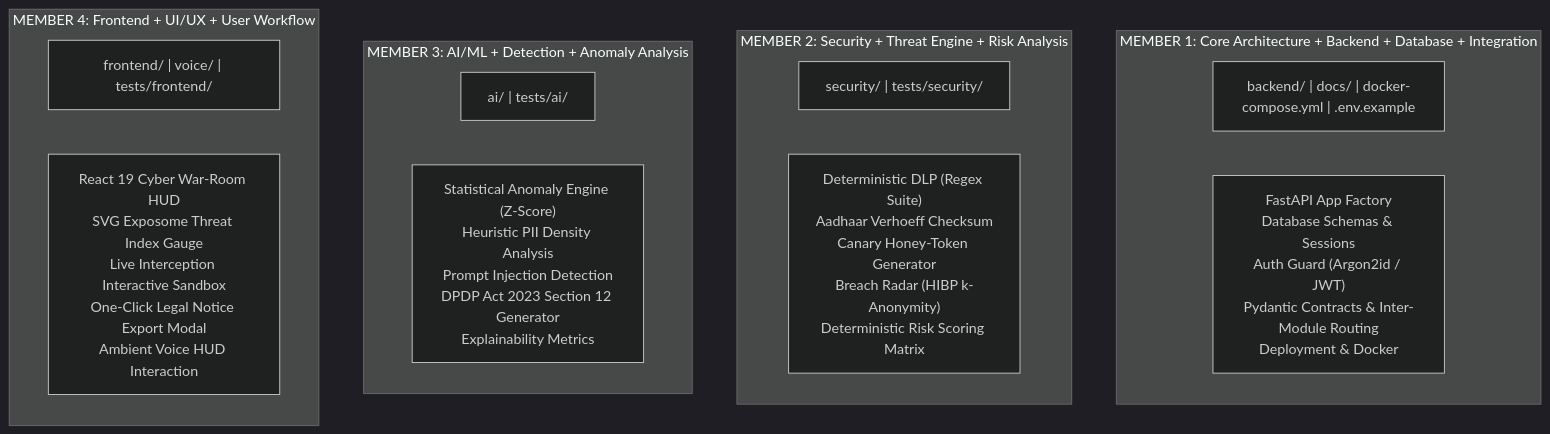
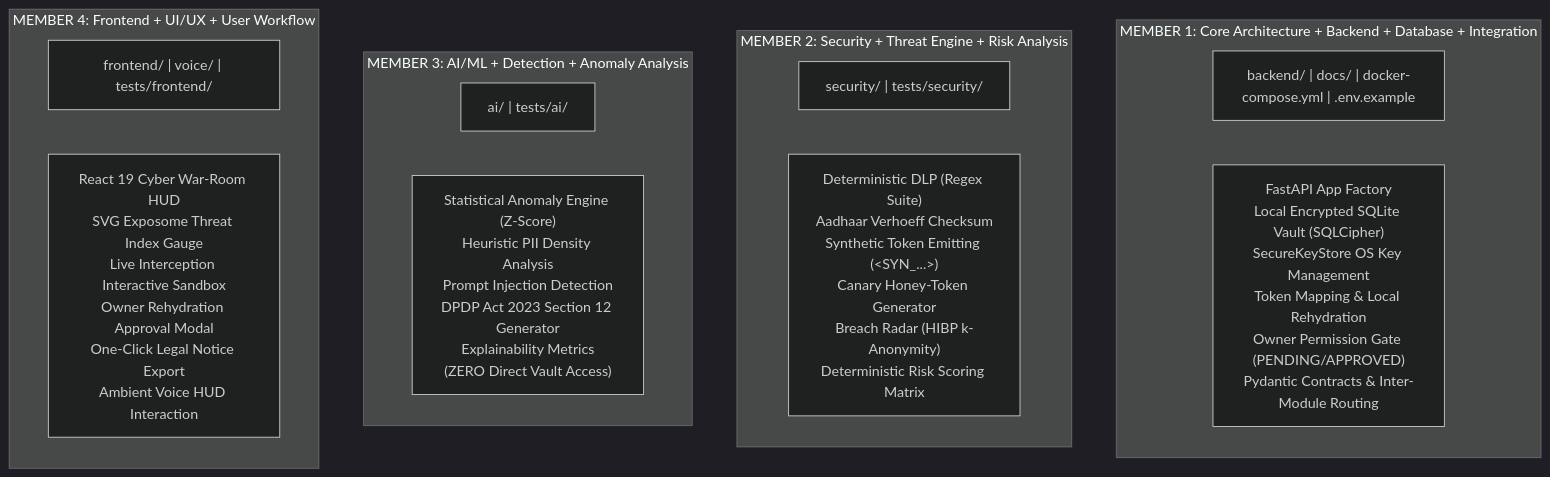
One commit to Shashank-1920/KPRIET-HackITon26 changed the first of 4 diagrams in docs/architecture/REPOSITORY_STRUCTURE.md. Above: the diagram before and after it, drawn with Mermaid (dark theme). The commit also changed other lines of this file and 6 other files, not shown here.

Commit message:
docs: refine local-first secure data architecture

````diff
--- a/docs/architecture/REPOSITORY_STRUCTURE.md
+++ b/docs/architecture/REPOSITORY_STRUCTURE.md
@@ -109,22 +130,22 @@
 ```mermaid
 graph TD
     subgraph Member1["MEMBER 1: Core Architecture + Backend + Database + Integration"]
         M1_Dir["backend/ | docs/ | docker-compose.yml | .env.example"]
-        M1_Tasks["FastAPI App Factory<br/>Database Schemas & Sessions<br/>Auth Guard (Argon2id / JWT)<br/>Pydantic Contracts & Inter-Module Routing<br/>Deployment & Docker"]
+        M1_Tasks["FastAPI App Factory<br/>Local Encrypted SQLite Vault (SQLCipher)<br/>SecureKeyStore OS Key Management<br/>Token Mapping & Local Rehydration<br/>Owner Permission Gate (PENDING/APPROVED)<br/>Pydantic Contracts & Inter-Module Routing"]
     end
 
     subgraph Member2["MEMBER 2: Security + Threat Engine + Risk Analysis"]
         M2_Dir["security/ | tests/security/"]
-        M2_Tasks["Deterministic DLP (Regex Suite)<br/>Aadhaar Verhoeff Checksum<br/>Canary Honey-Token Generator<br/>Breach Radar (HIBP k-Anonymity)<br/>Deterministic Risk Scoring Matrix"]
+        M2_Tasks["Deterministic DLP (Regex Suite)<br/>Aadhaar Verhoeff Checksum<br/>Synthetic Token Emitting (&lt;SYN_...&gt;)<br/>Canary Honey-Token Generator<br/>Breach Radar (HIBP k-Anonymity)<br/>Deterministic Risk Scoring Matrix"]
     end
 
     subgraph Member3["MEMBER 3: AI/ML + Detection + Anomaly Analysis"]
         M3_Dir["ai/ | tests/ai/"]
-        M3_Tasks["Statistical Anomaly Engine (Z-Score)<br/>Heuristic PII Density Analysis<br/>Prompt Injection Detection<br/>DPDP Act 2023 Section 12 Generator<br/>Explainability Metrics"]
+        M3_Tasks["Statistical Anomaly Engine (Z-Score)<br/>Heuristic PII Density Analysis<br/>Prompt Injection Detection<br/>DPDP Act 2023 Section 12 Generator<br/>Explainability Metrics<br/>(ZERO Direct Vault Access)"]
     end
 
     subgraph Member4["MEMBER 4: Frontend + UI/UX + User Workflow"]
         M4_Dir["frontend/ | voice/ | tests/frontend/"]
-        M4_Tasks["React 19 Cyber War-Room HUD<br/>SVG Exposome Threat Index Gauge<br/>Live Interception Interactive Sandbox<br/>One-Click Legal Notice Export Modal<br/>Ambient Voice HUD Interaction"]
+        M4_Tasks["React 19 Cyber War-Room HUD<br/>SVG Exposome Threat Index Gauge<br/>Live Interception Interactive Sandbox<br/>Owner Rehydration Approval Modal<br/>One-Click Legal Notice Export<br/>Ambient Voice HUD Interaction"]
     end
 ```
````
